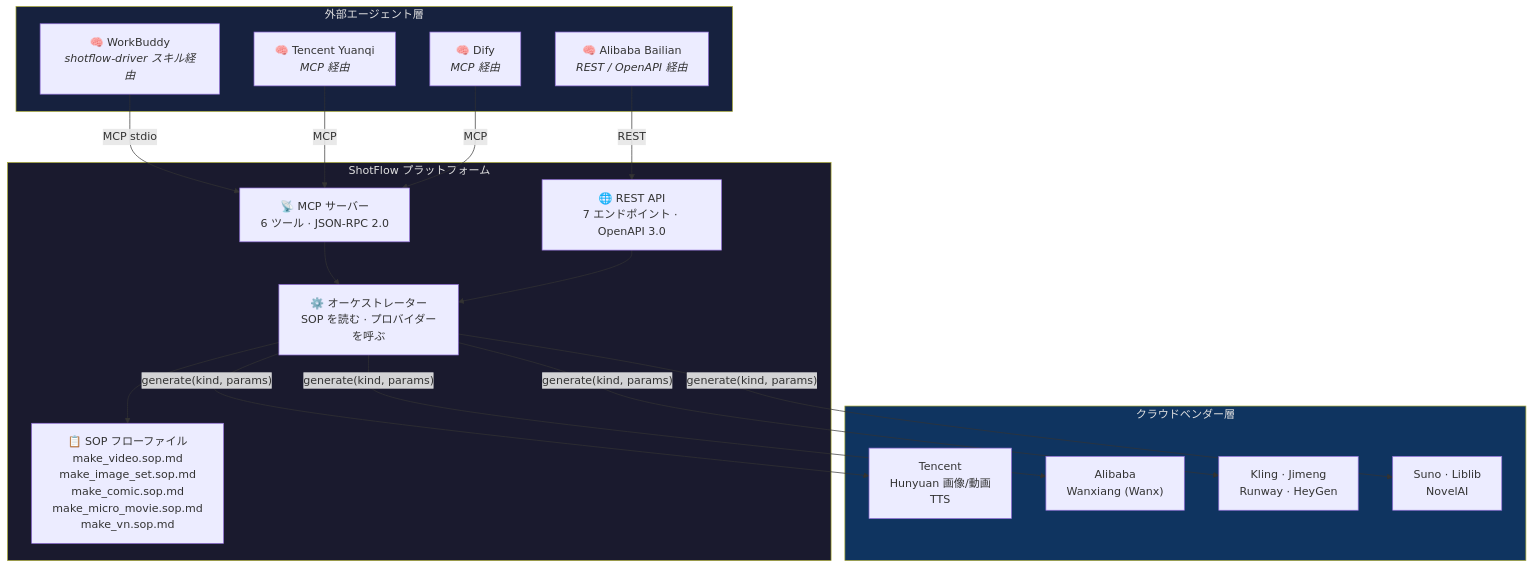
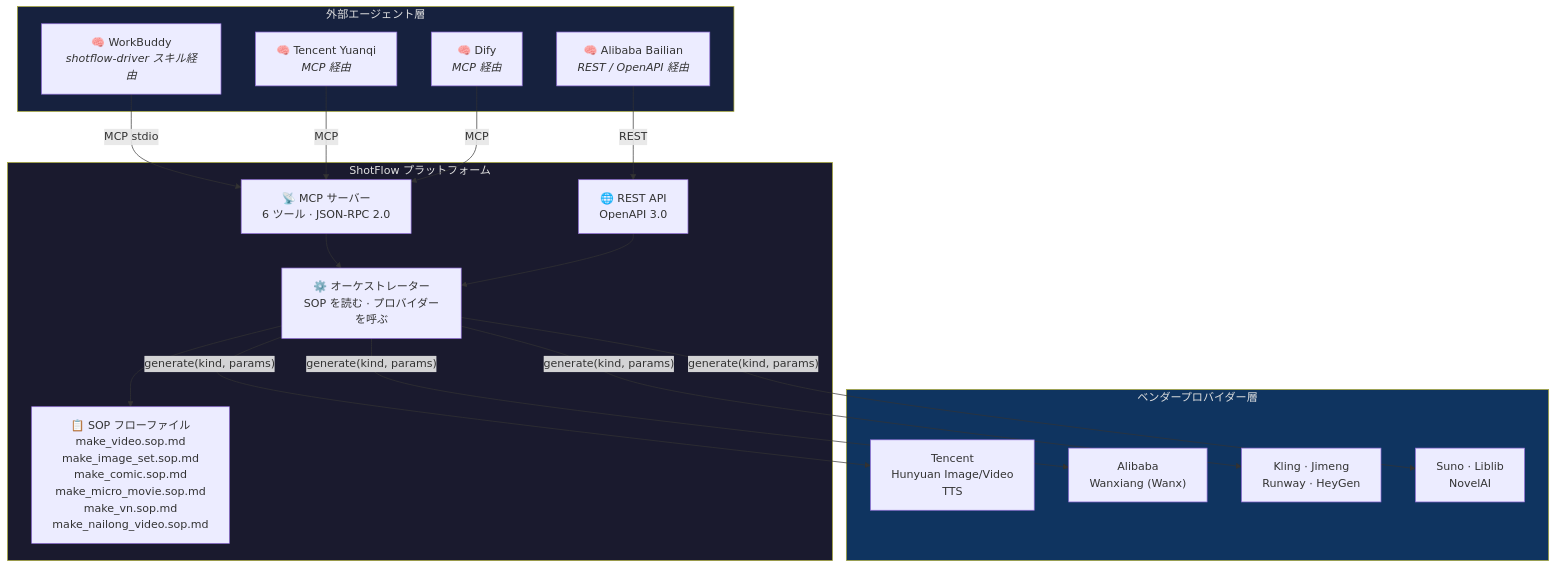
One commit to weed33834/ShotFlow changed the first of 6 diagrams in README.ja.md. Above: the diagram before and after it, drawn with Mermaid. The commit also changed other lines of this file and 2 other files, not shown here.

````diff
--- a/README.ja.md
+++ b/README.ja.md
@@ -46,40 +50,40 @@
 ```mermaid
 graph TB
     subgraph External["外部エージェント層"]
         WB["🧠 WorkBuddy<br/><i>shotflow-driver スキル経由</i>"]
         YQ["🧠 Tencent Yuanqi<br/><i>MCP 経由</i>"]
         BL["🧠 Alibaba Bailian<br/><i>REST / OpenAPI 経由</i>"]
         DF["🧠 Dify<br/><i>MCP 経由</i>"]
     end
 
     subgraph ShotFlow["ShotFlow プラットフォーム"]
         MC["📡 MCP サーバー<br/>6 ツール · JSON-RPC 2.0"]
-        API["🌐 REST API<br/>7 エンドポイント · OpenAPI 3.0"]
+        API["🌐 REST API<br/>OpenAPI 3.0"]
         OR["⚙️ オーケストレーター<br/>SOP を読む · プロバイダーを呼ぶ"]
-        FL["📋 SOP フローファイル<br/>make_video.sop.md<br/>make_image_set.sop.md<br/>make_comic.sop.md<br/>make_micro_movie.sop.md<br/>make_vn.sop.md"]
+        FL["📋 SOP フローファイル<br/>make_video.sop.md<br/>make_image_set.sop.md<br/>make_comic.sop.md<br/>make_micro_movie.sop.md<br/>make_vn.sop.md<br/>make_nailong_video.sop.md"]
     end
 
-    subgraph Providers["クラウドベンダー層"]
-        TX["Tencent<br/>Hunyuan 画像/動画<br/>TTS"]
+    subgraph Providers["ベンダープロバイダー層"]
+        TX["Tencent<br/>Hunyuan Image/Video<br/>TTS"]
         AL["Alibaba<br/>Wanxiang (Wanx)"]
         KD["Kling · Jimeng<br/>Runway · HeyGen"]
         AU["Suno · Liblib<br/>NovelAI"]
     end
 
     WB -->|"MCP stdio"| MC
     YQ -->|"MCP"| MC
     BL -->|"REST"| API
     DF -->|"MCP"| MC
 
     MC --> OR
     API --> OR
     OR --> FL
     OR -->|"generate(kind, params)"| TX
     OR -->|"generate(kind, params)"| AL
     OR -->|"generate(kind, params)"| KD
     OR -->|"generate(kind, params)"| AU
 
     style ShotFlow fill:#1a1a2e,color:#e0e0e0
     style External fill:#16213e,color:#e0e0e0
     style Providers fill:#0f3460,color:#e0e0e0
 ```
````
